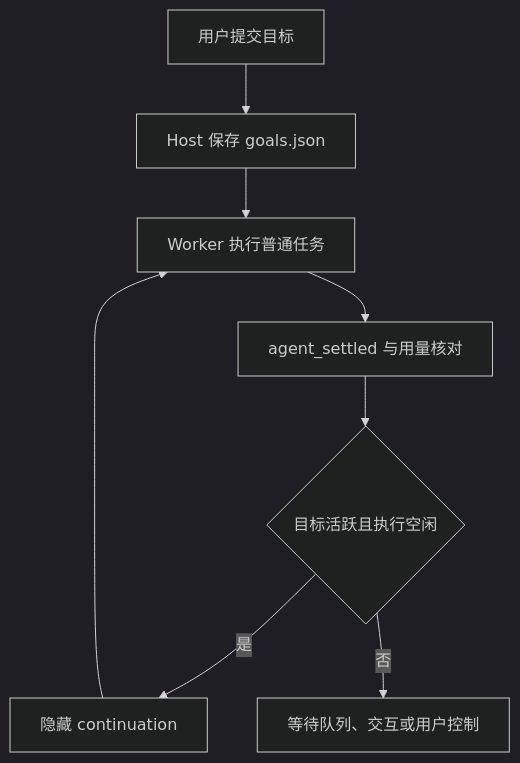
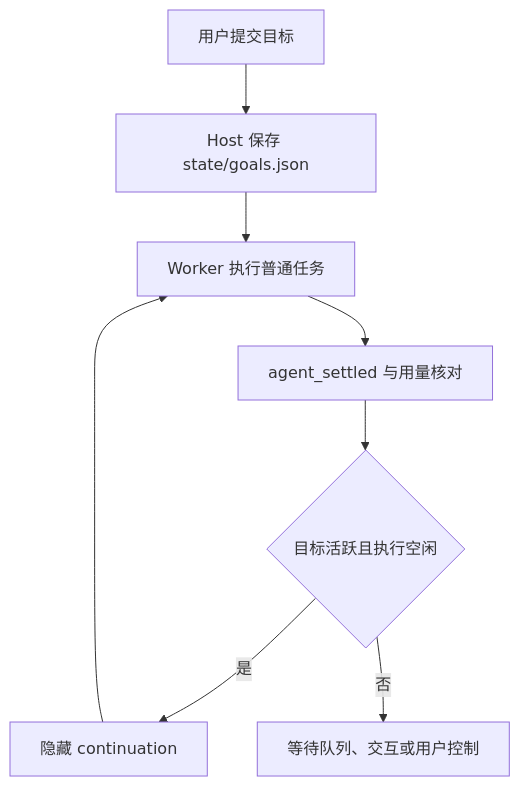
Before and after one commit to xidongdong-153/Pi-meme: the fourth of 4 diagrams in docs/sessions.md, drawn with Mermaid. The commit also changed other lines of this file and 76 other files, not shown here.

````diff
--- a/docs/sessions.md
+++ b/docs/sessions.md
@@ -204,11 +201,10 @@
 ```mermaid
-%%{init: {"theme": "dark"}}%%
 flowchart TD
-  Input["用户提交目标"] --> Host["Host 保存 goals.json"]
+  Input["用户提交目标"] --> Host["Host 保存 state/goals.json"]
   Host --> Worker["Worker 执行普通任务"]
   Worker --> Settle["agent_settled 与用量核对"]
   Settle --> Gate{"目标活跃且执行空闲"}
   Gate -->|是| Continue["隐藏 continuation"]
   Continue --> Worker
   Gate -->|否| Wait["等待队列、交互或用户控制"]
 ```
````
